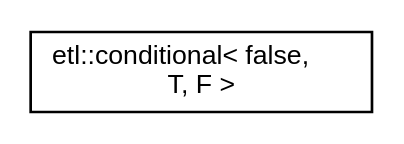
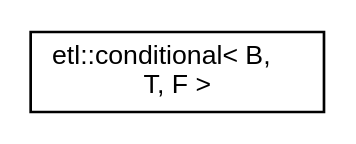
Before and after one commit to tobanteAudio/taetl: the diagram in inherit_graph_6.dot, drawn with Graphviz. The commit also changed 256 other files, not shown here.

```diff
--- a/inherit_graph_6.dot
+++ b/inherit_graph_6.dot
@@ -1,7 +1,7 @@
 digraph "Graphical Class Hierarchy"
 {
   edge [fontname="Helvetica",fontsize="10",labelfontname="Helvetica",labelfontsize="10"];
   node [fontname="Helvetica",fontsize="10",shape=record];
   rankdir="LR";
-  Node0 [label="etl::conditional\< false,\l T, F \>",height=0.2,width=0.4,color="black", fillcolor="white", style="filled",URL="$structetl_1_1conditional_3_01false_00_01T_00_01F_01_4.html"];
+  Node0 [label="etl::conditional\< B,\l T, F \>",height=0.2,width=0.4,color="black", fillcolor="white", style="filled",URL="$structetl_1_1conditional.html",tooltip="Provides member typedef type, which is defined as T if B is true at compile time, or as F if B is fal..."];
 }
```
